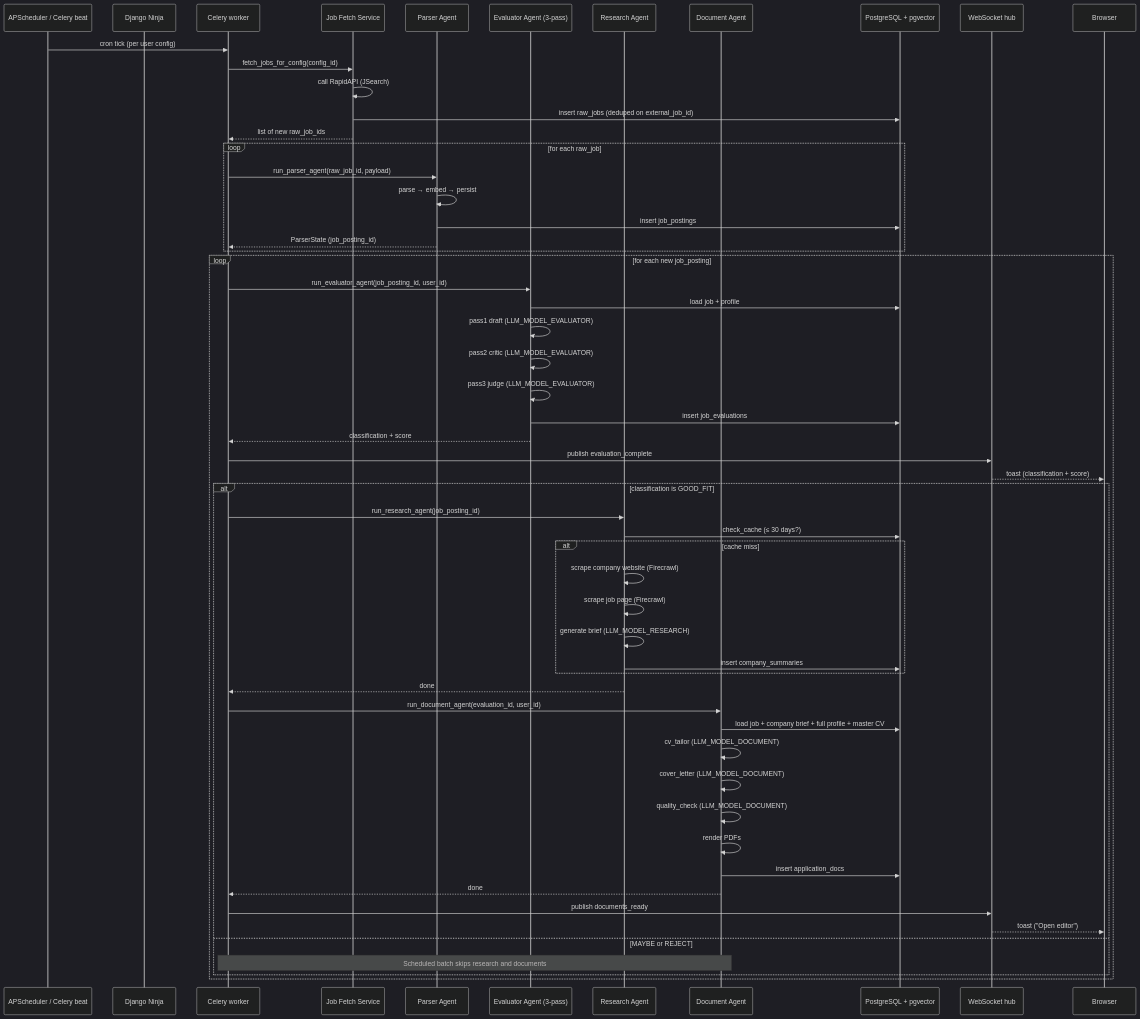
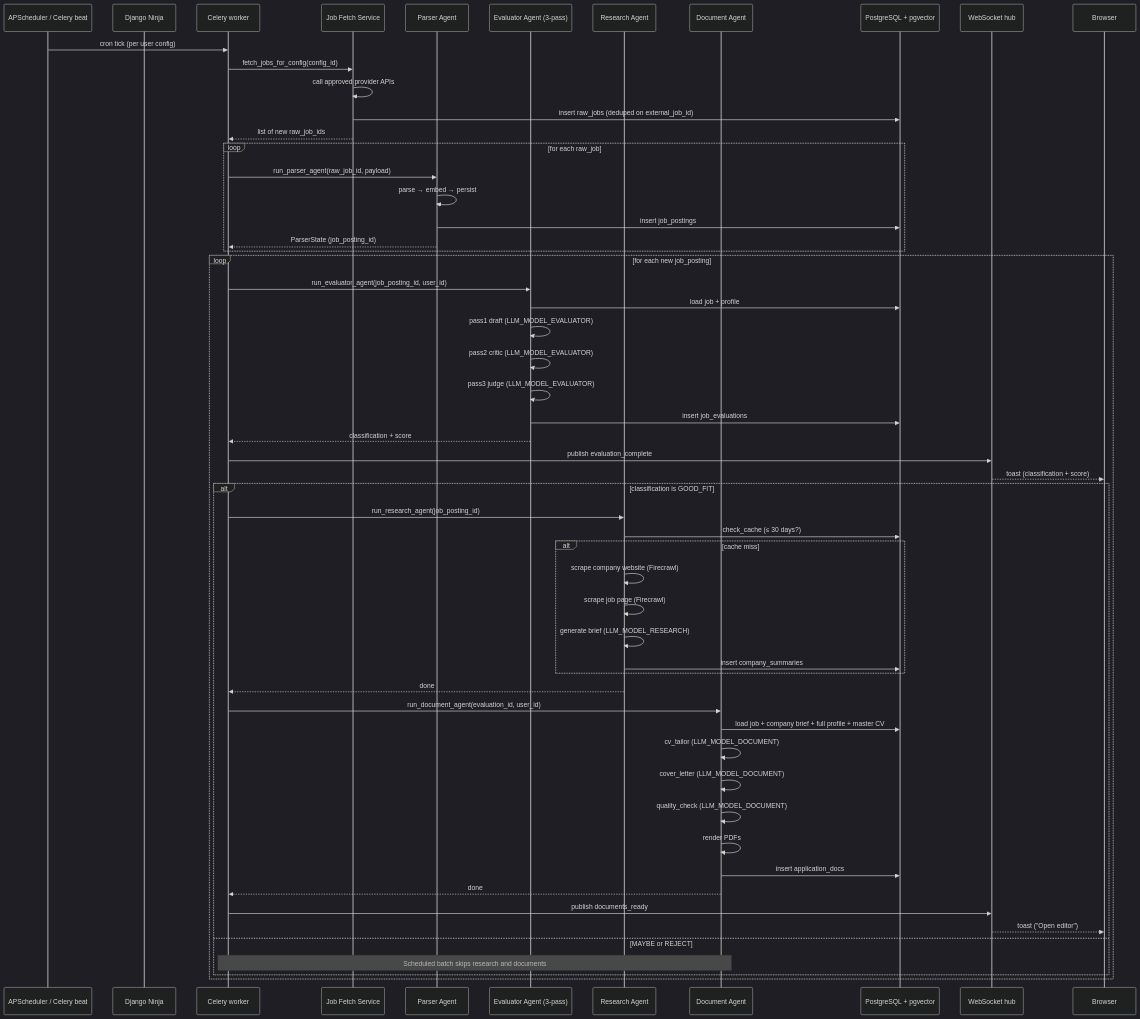
One commit to Gathondu/kaziro changed the diagram in docs/architecture/diagrams/pipeline-sequence.md. Above: the diagram before and after it, drawn with Mermaid (dark theme). The commit also changed other lines of this file and 32 other files, not shown here.

````diff
--- a/docs/architecture/diagrams/pipeline-sequence.md
+++ b/docs/architecture/diagrams/pipeline-sequence.md
@@ -11,65 +11,65 @@
 ```mermaid
 sequenceDiagram
   participant Sched as APScheduler / Celery beat
   participant API as Django Ninja
   participant Cel as Celery worker
   participant Fetch as Job Fetch Service
   participant Parse as Parser Agent
   participant Eval as Evaluator Agent (3-pass)
   participant Res as Research Agent
   participant Doc as Document Agent
   participant DB as PostgreSQL + pgvector
   participant WS as WebSocket hub
   participant Browser
 
   Sched->>Cel: cron tick (per user config)
   Cel->>Fetch: fetch_jobs_for_config(config_id)
-  Fetch->>Fetch: call RapidAPI (JSearch)
+  Fetch->>Fetch: call approved provider APIs
   Fetch->>DB: insert raw_jobs (deduped on external_job_id)
   Fetch-->>Cel: list of new raw_job_ids
 
   loop for each raw_job
     Cel->>Parse: run_parser_agent(raw_job_id, payload)
     Parse->>Parse: parse → embed → persist
     Parse->>DB: insert job_postings
     Parse-->>Cel: ParserState (job_posting_id)
   end
 
   loop for each new job_posting
     Cel->>Eval: run_evaluator_agent(job_posting_id, user_id)
     Eval->>DB: load job + profile
     Eval->>Eval: pass1 draft (LLM_MODEL_EVALUATOR)
     Eval->>Eval: pass2 critic (LLM_MODEL_EVALUATOR)
     Eval->>Eval: pass3 judge (LLM_MODEL_EVALUATOR)
     Eval->>DB: insert job_evaluations
     Eval-->>Cel: classification + score
     Cel->>WS: publish evaluation_complete
     WS-->>Browser: toast (classification + score)
 
     alt classification is GOOD_FIT
       Cel->>Res: run_research_agent(job_posting_id)
       Res->>DB: check_cache (≤ 30 days?)
 
       alt cache miss
         Res->>Res: scrape company website (Firecrawl)
         Res->>Res: scrape job page (Firecrawl)
         Res->>Res: generate brief (LLM_MODEL_RESEARCH)
         Res->>DB: insert company_summaries
       end
 
       Res-->>Cel: done
       Cel->>Doc: run_document_agent(evaluation_id, user_id)
       Doc->>DB: load job + company brief + full profile + master CV
       Doc->>Doc: cv_tailor (LLM_MODEL_DOCUMENT)
       Doc->>Doc: cover_letter (LLM_MODEL_DOCUMENT)
       Doc->>Doc: quality_check (LLM_MODEL_DOCUMENT)
       Doc->>Doc: render PDFs
       Doc->>DB: insert application_docs
       Doc-->>Cel: done
       Cel->>WS: publish documents_ready
       WS-->>Browser: toast ("Open editor")
     else MAYBE or REJECT
       Note over Cel,Doc: Scheduled batch skips research and documents
     end
   end
 ```
````
